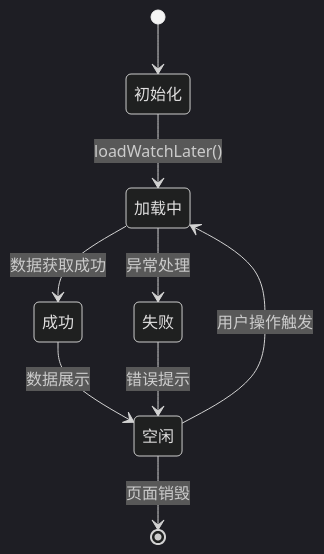
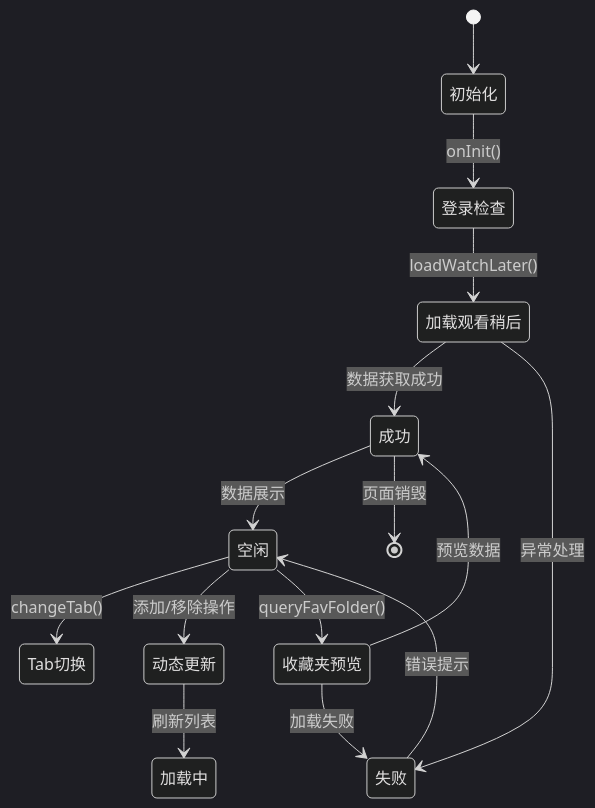
Before and after one commit to justLXX/pilipala: the third of 19 diagrams in .qoder/repowiki/zh/content/核心模块/功能模块/媒体管理模块.md, drawn with Mermaid (dark theme). The commit also changed other lines of this file and 194 other files, not shown here.

````diff
--- a/.qoder/repowiki/zh/content/核心模块/功能模块/媒体管理模块.md
+++ b/.qoder/repowiki/zh/content/核心模块/功能模块/媒体管理模块.md
@@ -157,11 +206,17 @@
 ```mermaid
 stateDiagram-v2
 [*] --> 初始化
-初始化 --> 加载中 : loadWatchLater()
-加载中 --> 成功 : 数据获取成功
-加载中 --> 失败 : 异常处理
+初始化 --> 登录检查 : onInit()
+登录检查 --> 加载观看稍后 : loadWatchLater()
+加载观看稍后 --> 成功 : 数据获取成功
+加载观看稍后 --> 失败 : 异常处理
 成功 --> 空闲 : 数据展示
 失败 --> 空闲 : 错误提示
-空闲 --> 加载中 : 用户操作触发
-空闲 --> [*] : 页面销毁
+空闲 --> Tab切换 : changeTab()
+空闲 --> 动态更新 : 添加/移除操作
+动态更新 --> 加载中 : 刷新列表
+空闲 --> 收藏夹预览 : queryFavFolder()
+收藏夹预览 --> 成功 : 预览数据
+收藏夹预览 --> 失败 : 加载失败
+成功 --> [*] : 页面销毁
 ```
````
